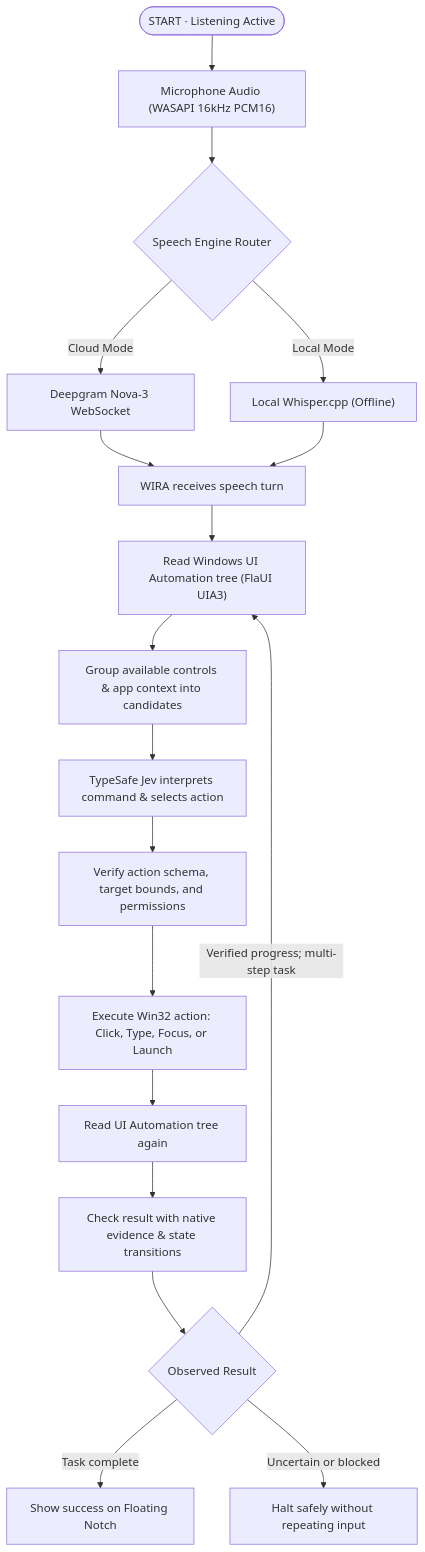
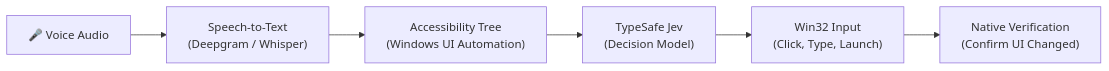
Before and after one commit to Mounieshh/wira-voice: the diagram in README.md, drawn with Mermaid. The commit also changed other lines of this file, not shown here.

Commit message:
docs: simplify architecture and clean up README

````diff
--- a/README.md
+++ b/README.md
@@ -17,20 +15,8 @@
 ```mermaid
-flowchart TD
-    Start(["START · Listening Active"]) --> A["Microphone Audio (WASAPI 16kHz PCM16)"]
-    A --> B{"Speech Engine Router"}
-    B -->|"Cloud Mode"| C1["Deepgram Nova-3 WebSocket"]
-    B -->|"Local Mode"| C2["Local Whisper.cpp (Offline)"]
-    C1 --> D["WIRA receives speech turn"]
-    C2 --> D
-    D --> E["Read Windows UI Automation tree (FlaUI UIA3)"]
-    E --> F["Group available controls & app context into candidates"]
-    F --> G["TypeSafe Jev interprets command & selects action"]
-    G --> H["Verify action schema, target bounds, and permissions"]
-    H --> I["Execute Win32 action: Click, Type, Focus, or Launch"]
-    I --> J["Read UI Automation tree again"]
-    J --> K["Check result with native evidence & state transitions"]
-    K --> L{"Observed Result"}
-    L -->|"Verified progress; multi-step task"| E
-    L -->|"Task complete"| M["Show success on Floating Notch"]
-    L -->|"Uncertain or blocked"| N["Halt safely without repeating input"]
+flowchart LR
+    A["🎤 Voice Audio"] --> B["Speech-to-Text\n(Deepgram / Whisper)"]
+    B --> C["Accessibility Tree\n(Windows UI Automation)"]
+    C --> D["TypeSafe Jev\n(Decision Model)"]
+    D --> E["Win32 Input\n(Click, Type, Launch)"]
+    E --> F["Native Verification\n(Confirm UI Changed)"]
 ```
````
